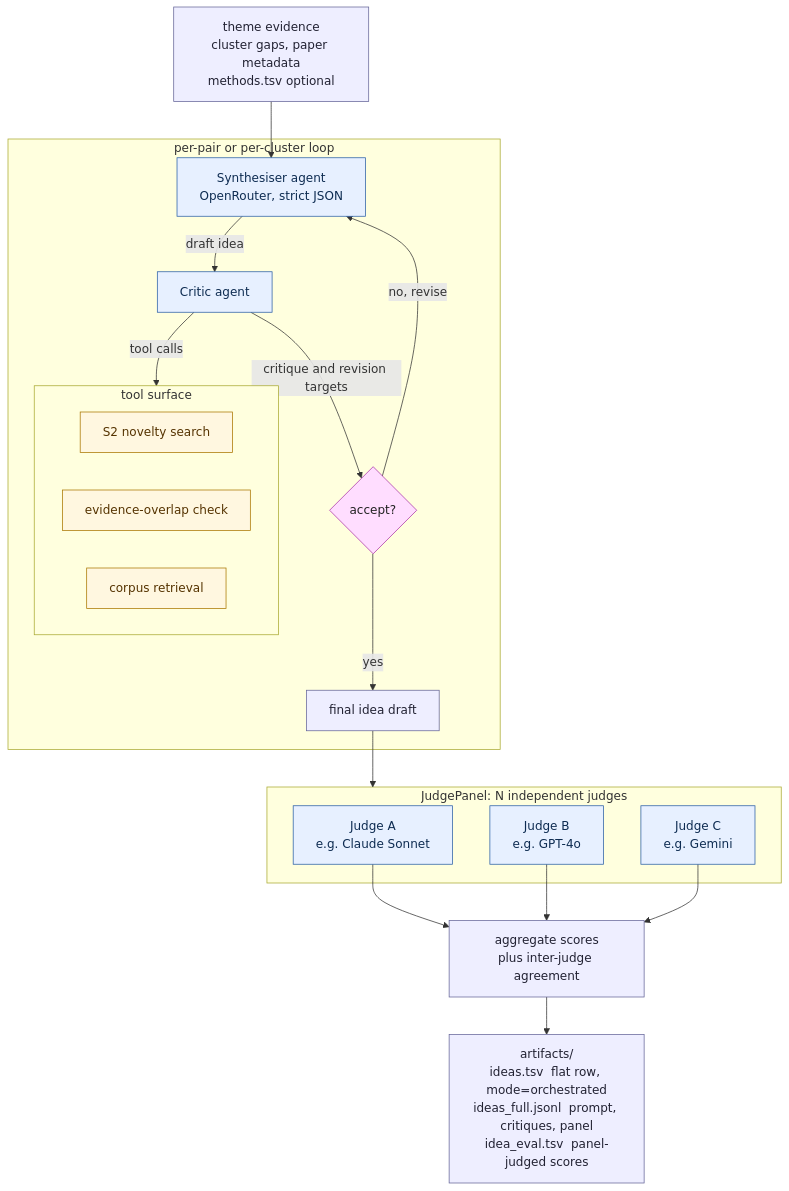
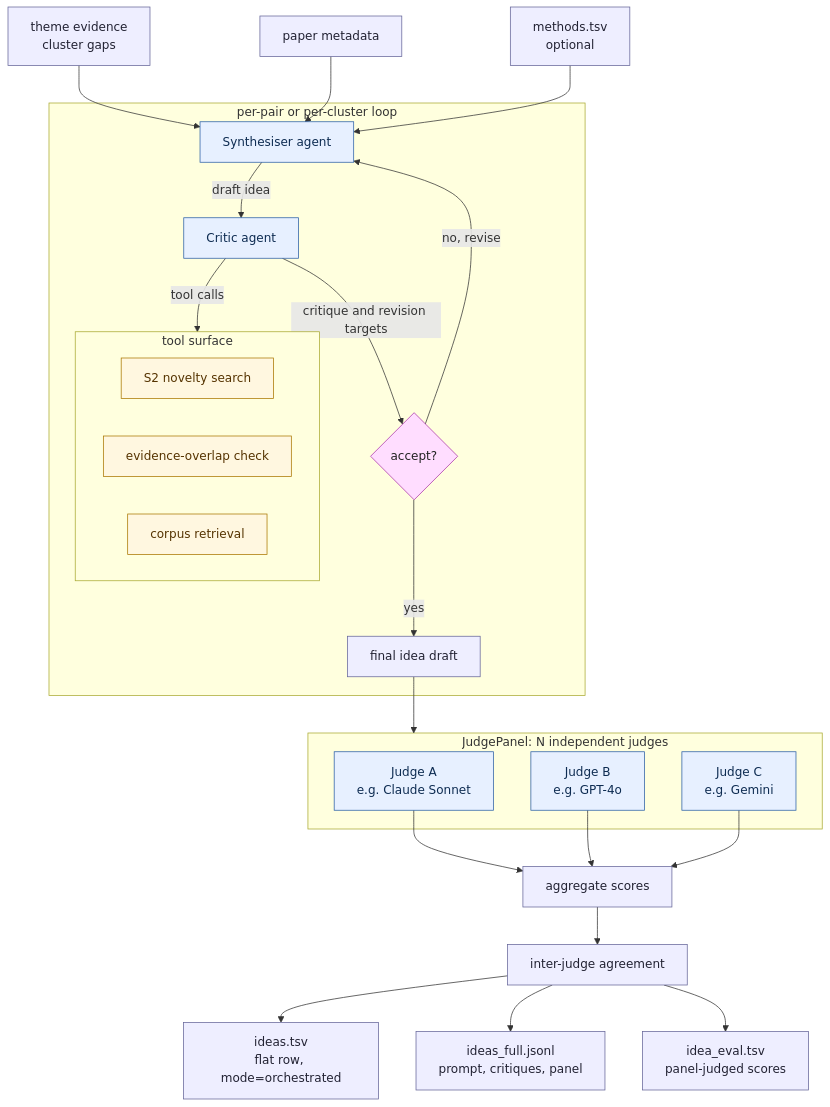
Before and after one commit to Yazangthb/Gap2Idea: the diagram in docs/figures/orchestrated_mode.mmd, drawn with Mermaid.

Commit message:
docs(figures): split orchestrated diagram into one-element-per-node
- Top input is now three separate nodes (theme evidence, paper
  metadata, methods.tsv) feeding the Synthesiser.
- Drop the OpenRouter mention from the Synthesiser node.
- Split the aggregation/output blob into discrete nodes per artifact
  (ideas.tsv, ideas_full.jsonl, idea_eval.tsv).

```diff
--- a/docs/figures/orchestrated_mode.mmd
+++ b/docs/figures/orchestrated_mode.mmd
@@ -1,44 +1,56 @@
 %% Gap2Idea — orchestrated multi-agent idea generation (thesis Figure 3)
 %% Reflects pipeline/orchestrator.py + pipeline/agents.py on master
 
 flowchart TD
-    IN["theme evidence<br/>cluster gaps, paper metadata<br/>methods.tsv optional"] --> SYN
+    IN1["theme evidence<br/>cluster gaps"]
+    IN2["paper metadata"]
+    IN3["methods.tsv<br/>optional"]
+
+    IN1 --> SYN
+    IN2 --> SYN
+    IN3 --> SYN
 
     subgraph LOOP["per-pair or per-cluster loop"]
-        SYN["Synthesiser agent<br/>OpenRouter, strict JSON"]
+        SYN["Synthesiser agent"]
         SYN -->|"draft idea"| CR
         CR["Critic agent"]
         CR -->|"tool calls"| TOOLS
         CR -->|"critique and revision targets"| REV{"accept?"}
         REV -->|"no, revise"| SYN
         REV -->|"yes"| FINAL["final idea draft"]
     end
 
     subgraph TOOLS["tool surface"]
         T1["S2 novelty search"]
         T2["evidence-overlap check"]
         T3["corpus retrieval"]
     end
 
     FINAL --> JP
 
     subgraph JP["JudgePanel: N independent judges"]
         J1["Judge A<br/>e.g. Claude Sonnet"]
         J2["Judge B<br/>e.g. GPT-4o"]
         J3["Judge C<br/>e.g. Gemini"]
     end
 
-    J1 --> AGG["aggregate scores<br/>plus inter-judge agreement"]
-    J2 --> AGG
-    J3 --> AGG
+    J1 --> AGG1
+    J2 --> AGG1
+    J3 --> AGG1
 
-    AGG --> OUT["artifacts/<br/>ideas.tsv  flat row, mode=orchestrated<br/>ideas_full.jsonl  prompt, critiques, panel<br/>idea_eval.tsv  panel-judged scores"]
+    AGG1["aggregate scores"]
+    AGG2["inter-judge agreement"]
+    AGG1 --> AGG2
+
+    AGG2 --> OUT1["ideas.tsv<br/>flat row, mode=orchestrated"]
+    AGG2 --> OUT2["ideas_full.jsonl<br/>prompt, critiques, panel"]
+    AGG2 --> OUT3["idea_eval.tsv<br/>panel-judged scores"]
 
     classDef agent fill:#e7f0ff,stroke:#2b5fa6,color:#0e2c52;
     classDef tool fill:#fff7e0,stroke:#aa7700,color:#553300;
     classDef artifact fill:#eef,stroke:#669,color:#223;
     classDef decision fill:#fdf,stroke:#a3a,color:#222;
     class SYN,CR,J1,J2,J3 agent;
     class T1,T2,T3 tool;
-    class IN,FINAL,OUT,AGG artifact;
+    class IN1,IN2,IN3,FINAL,AGG1,AGG2,OUT1,OUT2,OUT3 artifact;
     class REV decision;
```
